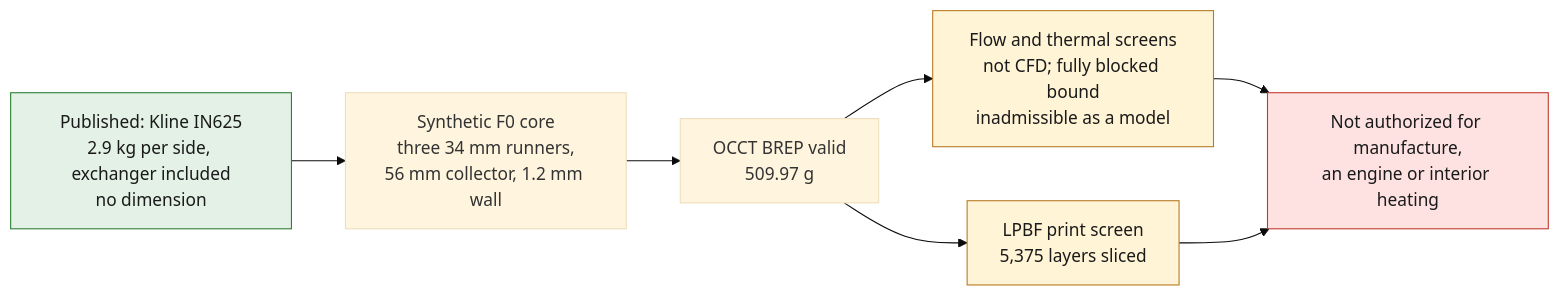
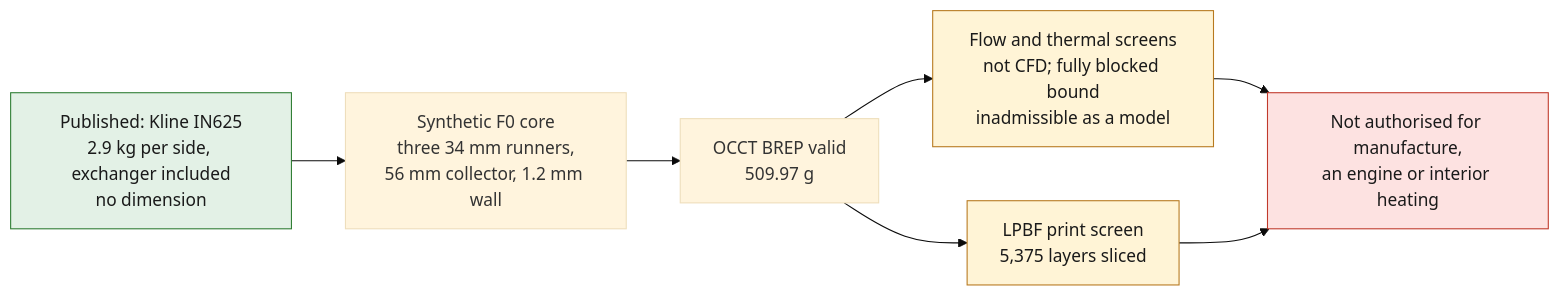
One commit to cluster2600/porscheparts changed the diagram in docs/993/993_EXHAUST_MANIFOLD_IN625_F0.md. Above: the diagram before and after it, drawn with Mermaid (base theme). The commit also changed other lines of this file and 480 other files, not shown here.

````diff
--- a/docs/993/993_EXHAUST_MANIFOLD_IN625_F0.md
+++ b/docs/993/993_EXHAUST_MANIFOLD_IN625_F0.md
@@ -15,15 +15,15 @@
 ```mermaid
 flowchart LR
   S["Published: Kline IN625<br/>2.9 kg per side, exchanger included<br/>no dimension"] --> H["Synthetic F0 core<br/>three 34 mm runners,<br/>56 mm collector, 1.2 mm wall"]
   H --> G["OCCT BREP valid<br/>509.97 g"]
   G --> F["Flow and thermal screens<br/>not CFD; fully blocked bound<br/>inadmissible as a model"]
   G --> P["LPBF print screen<br/>5,375 layers sliced"]
-  F --> V["Not authorized for manufacture,<br/>an engine or interior heating"]
+  F --> V["Not authorised for manufacture,<br/>an engine or interior heating"]
   P --> V
   class S ok
   class F,P open
   class V stop
   classDef stop fill:#fde2e1,stroke:#c0392b,color:#1a1a1a;
   classDef ok fill:#e3f1e6,stroke:#2e7d32,color:#1a1a1a;
   classDef open fill:#fff4d6,stroke:#b7791f,color:#1a1a1a;
 ```
````
